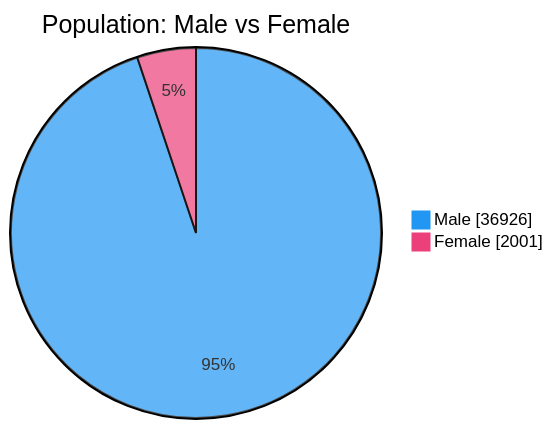
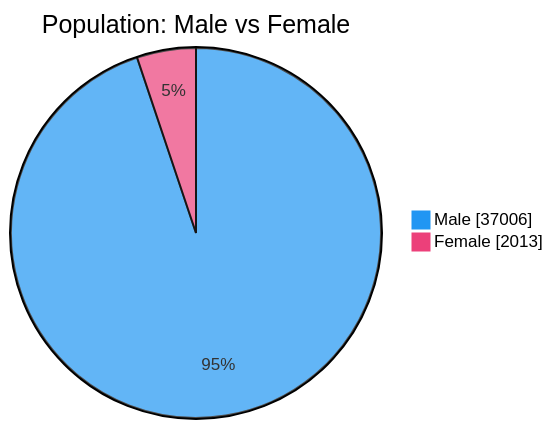
Before and after one commit to nuuuwan/lk_prisons: the second of 7 diagrams in README.md, drawn with Mermaid. The commit also changed other lines of this file and 1 other file, not shown here.

````diff
--- a/README.md
+++ b/README.md
@@ -54,6 +54,6 @@
 ```mermaid
 %%{init: {'themeVariables': {'pie1': '#2196F3', 'pie2': '#EC407A'}}}%%
 pie showData title Population: Male vs Female
-    "Male" : 36926
-    "Female" : 2001
+    "Male" : 37006
+    "Female" : 2013
 ```
````
